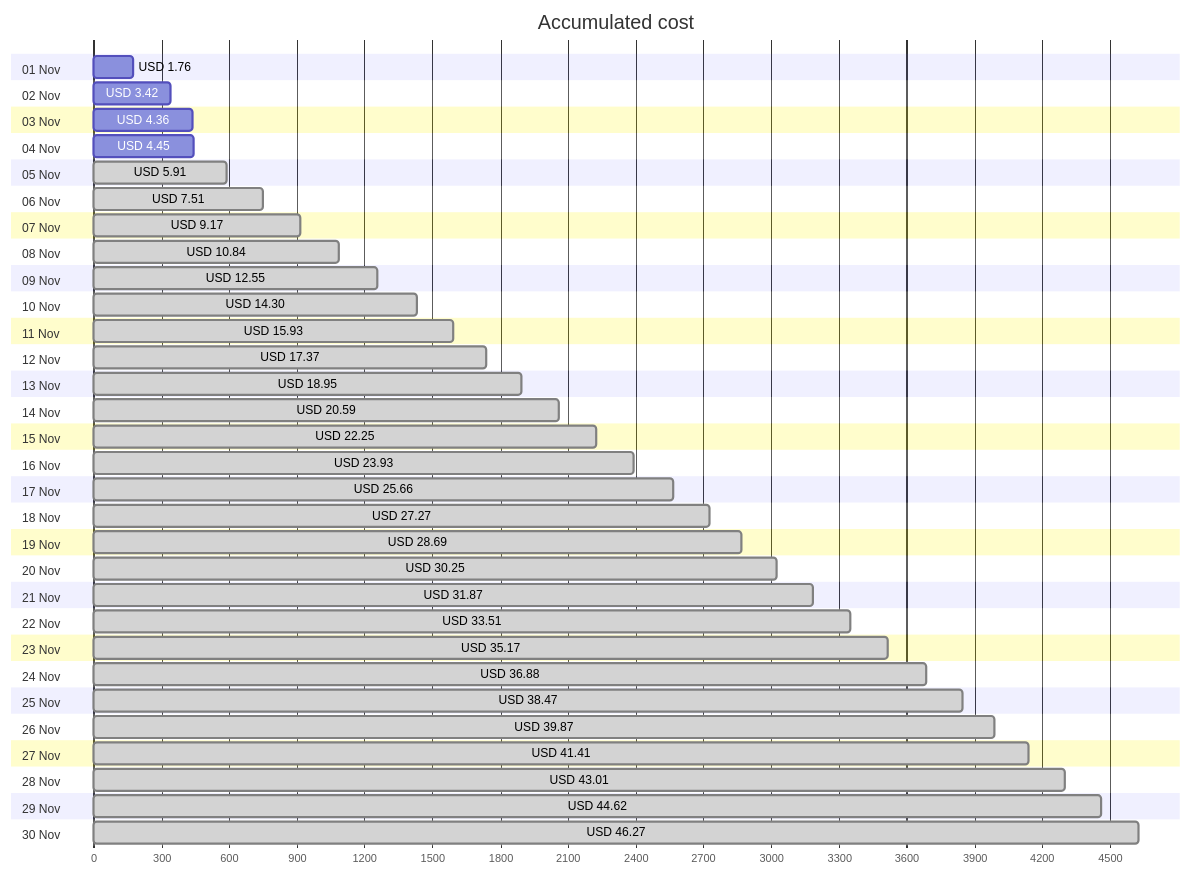
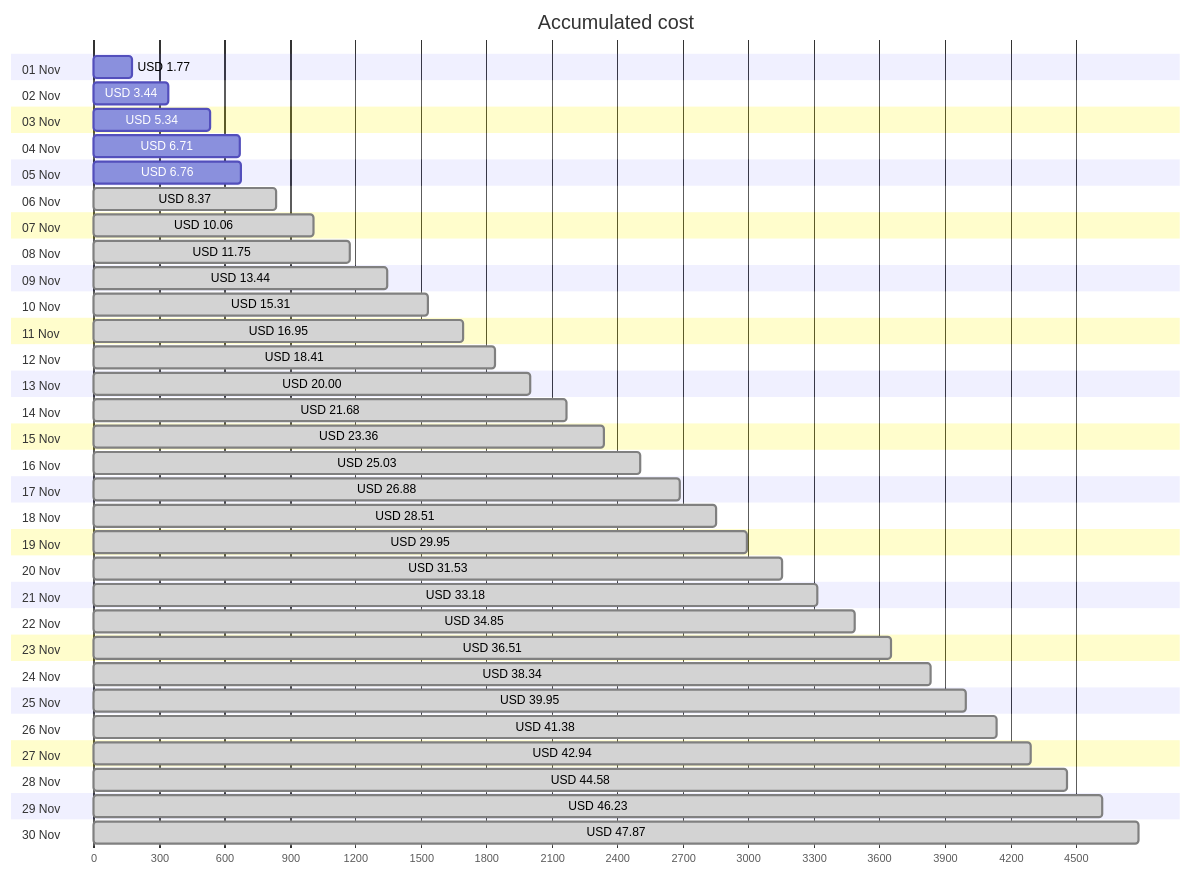
The first of 4 diagrams in cost-reports/personal-network/README.md (jpfulton/azure-personal-reports), drawn with Mermaid before and after one commit. The commit also changed other lines of this file and 8 other files, not shown here.

````diff
--- a/cost-reports/personal-network/README.md
+++ b/cost-reports/personal-network/README.md
@@ -20,66 +20,66 @@
 ```mermaid
 gantt
    title Accumulated cost
    dateFormat  X
    axisFormat %s
    section 01 Nov
-   USD 1.76 :0, 176
+   USD 1.77 :0, 177
    section 02 Nov
-   USD 3.42 :0, 342
+   USD 3.44 :0, 344
    section 03 Nov
-   USD 4.36 :0, 436
+   USD 5.34 :0, 534
    section 04 Nov
-   USD 4.45 :0, 445
+   USD 6.71 :0, 671
    section 05 Nov
-   USD 5.91 : done, 0, 591
+   USD 6.76 :0, 676
    section 06 Nov
-   USD 7.51 : done, 0, 751
+   USD 8.37 : done, 0, 837
    section 07 Nov
-   USD 9.17 : done, 0, 917
+   USD 10.06 : done, 0, 1006
    section 08 Nov
-   USD 10.84 : done, 0, 1084
+   USD 11.75 : done, 0, 1175
    section 09 Nov
-   USD 12.55 : done, 0, 1255
+   USD 13.44 : done, 0, 1344
    section 10 Nov
-   USD 14.30 : done, 0, 1430
+   USD 15.31 : done, 0, 1531
    section 11 Nov
-   USD 15.93 : done, 0, 1593
+   USD 16.95 : done, 0, 1695
    section 12 Nov
-   USD 17.37 : done, 0, 1737
+   USD 18.41 : done, 0, 1841
    section 13 Nov
-   USD 18.95 : done, 0, 1895
+   USD 20.00 : done, 0, 2000
    section 14 Nov
-   USD 20.59 : done, 0, 2059
+   USD 21.68 : done, 0, 2168
    section 15 Nov
-   USD 22.25 : done, 0, 2225
+   USD 23.36 : done, 0, 2336
    section 16 Nov
-   USD 23.93 : done, 0, 2393
+   USD 25.03 : done, 0, 2503
    section 17 Nov
-   USD 25.66 : done, 0, 2566
+   USD 26.88 : done, 0, 2688
    section 18 Nov
-   USD 27.27 : done, 0, 2727
+   USD 28.51 : done, 0, 2851
    section 19 Nov
-   USD 28.69 : done, 0, 2869
+   USD 29.95 : done, 0, 2995
    section 20 Nov
-   USD 30.25 : done, 0, 3025
+   USD 31.53 : done, 0, 3153
    section 21 Nov
-   USD 31.87 : done, 0, 3187
+   USD 33.18 : done, 0, 3318
    section 22 Nov
-   USD 33.51 : done, 0, 3351
+   USD 34.85 : done, 0, 3485
    section 23 Nov
-   USD 35.17 : done, 0, 3517
+   USD 36.51 : done, 0, 3651
    section 24 Nov
-   USD 36.88 : done, 0, 3688
+   USD 38.34 : done, 0, 3834
    section 25 Nov
-   USD 38.47 : done, 0, 3847
+   USD 39.95 : done, 0, 3995
    section 26 Nov
-   USD 39.87 : done, 0, 3987
+   USD 41.38 : done, 0, 4138
    section 27 Nov
-   USD 41.41 : done, 0, 4141
+   USD 42.94 : done, 0, 4294
    section 28 Nov
-   USD 43.01 : done, 0, 4301
+   USD 44.58 : done, 0, 4458
    section 29 Nov
-   USD 44.62 : done, 0, 4462
+   USD 46.23 : done, 0, 4623
    section 30 Nov
-   USD 46.27 : done, 0, 4627
+   USD 47.87 : done, 0, 4787
 ```
````
